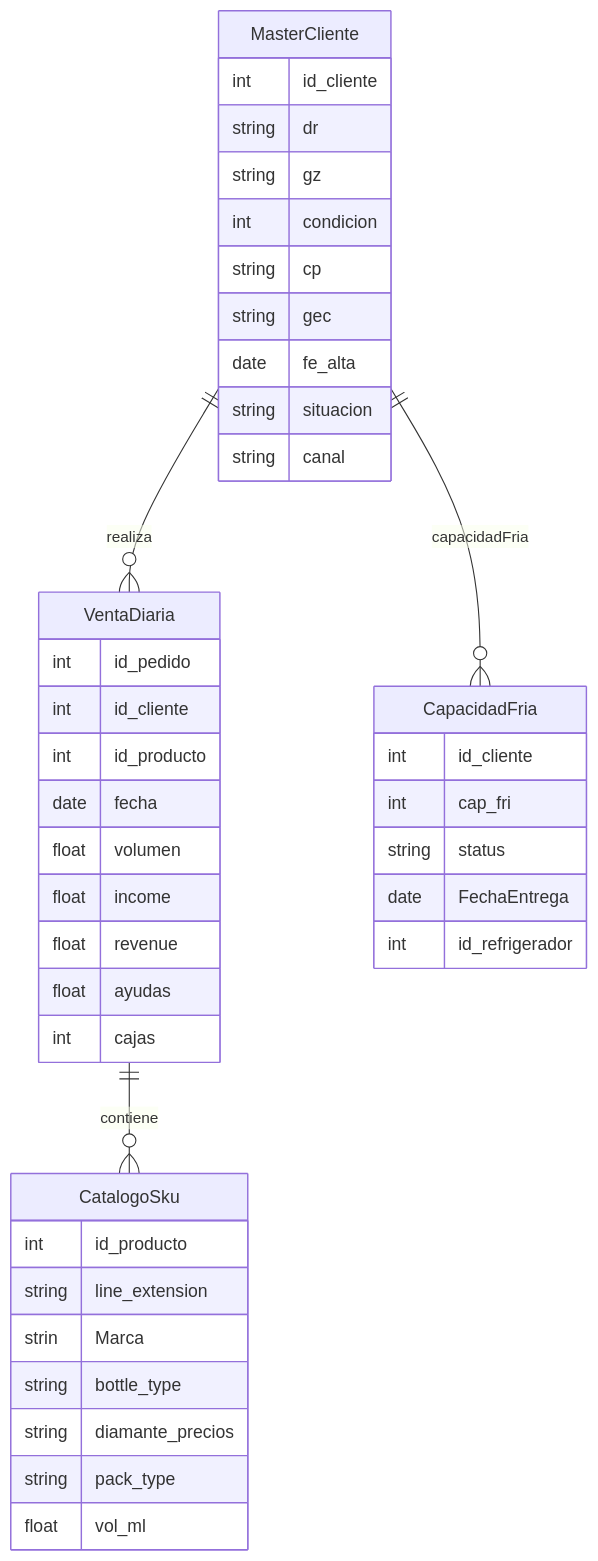
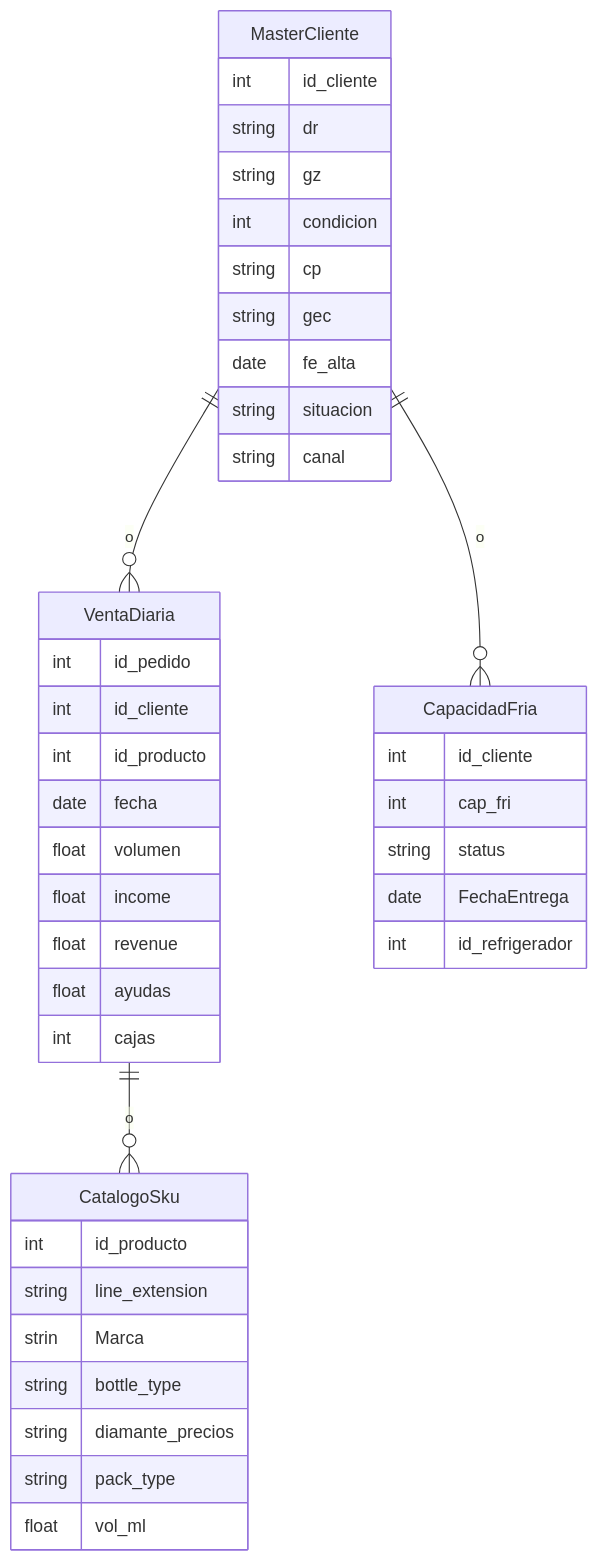
Before and after one commit to aldojda/ClaseBDRelacionales: the diagram in tarea3.md, drawn with Mermaid.

Commit message:
se arreglo  and y or en ejercicio 3

````diff
--- a/tarea3.md
+++ b/tarea3.md
@@ -21,45 +21,45 @@
 ```mermaid
 erDiagram
-    MasterCliente ||--o{ VentaDiaria : realiza
+    MasterCliente ||--o{ VentaDiaria : o
     MasterCliente {
         int id_cliente
         string dr
         string gz
         int condicion
         string cp
         string gec
         date fe_alta
         string situacion
         string canal
     }
     VentaDiaria {
         int id_pedido
         int id_cliente
         int id_producto
         date fecha
         float volumen 
         float income
         float revenue
         float ayudas
         int   cajas
         }
-    MasterCliente ||--o{ CapacidadFria : capacidadFria
+    MasterCliente ||--o{ CapacidadFria : o
 
     CapacidadFria {
         int id_cliente
         int cap_fri
         string status
         date FechaEntrega
         int id_refrigerador 
         }
-    VentaDiaria ||--o{ CatalogoSku : contiene
+    VentaDiaria ||--o{ CatalogoSku : o
     CatalogoSku {
         int id_producto
         string line_extension
         strin  Marca
         string bottle_type
         string diamante_precios
         string  pack_type
         float vol_ml 
         }
 ```
````
